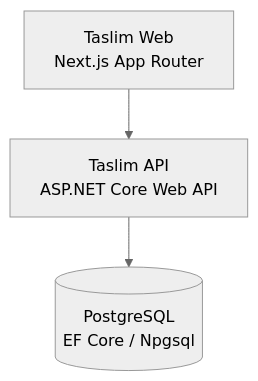
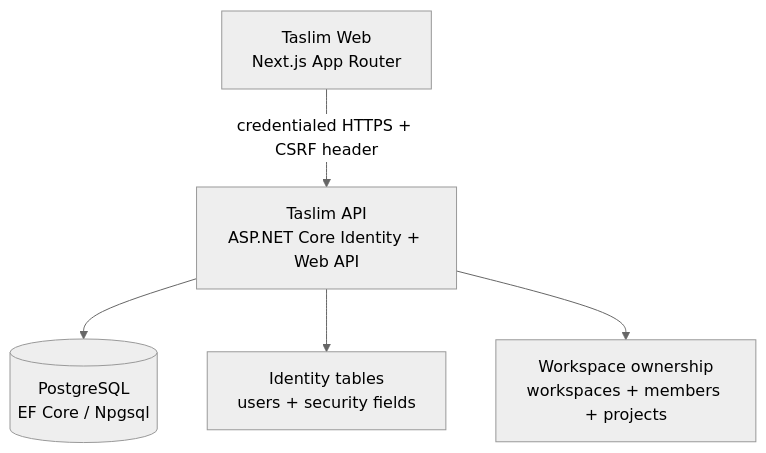
The diagram in docs/ARCHITECTURE.md (rebin2002/TaslimAI), drawn with Mermaid (neutral theme) before and after one commit. The commit also changed other lines of this file and 41 other files, not shown here.

Commit message:
feat: add identity workspaces and projects

````diff
--- a/docs/ARCHITECTURE.md
+++ b/docs/ARCHITECTURE.md
@@ -5,5 +5,7 @@
 ```mermaid
 flowchart TD
-    Web["Taslim Web\nNext.js App Router"] --> API["Taslim API\nASP.NET Core Web API"]
+    Web["Taslim Web\nNext.js App Router"] -->|credentialed HTTPS + CSRF header| API["Taslim API\nASP.NET Core Identity + Web API"]
     API --> DB[("PostgreSQL\nEF Core / Npgsql")]
+    API --> Identity["Identity tables\nusers + security fields"]
+    API --> Ownership["Workspace ownership\nworkspaces + members + projects"]
 ```
````
